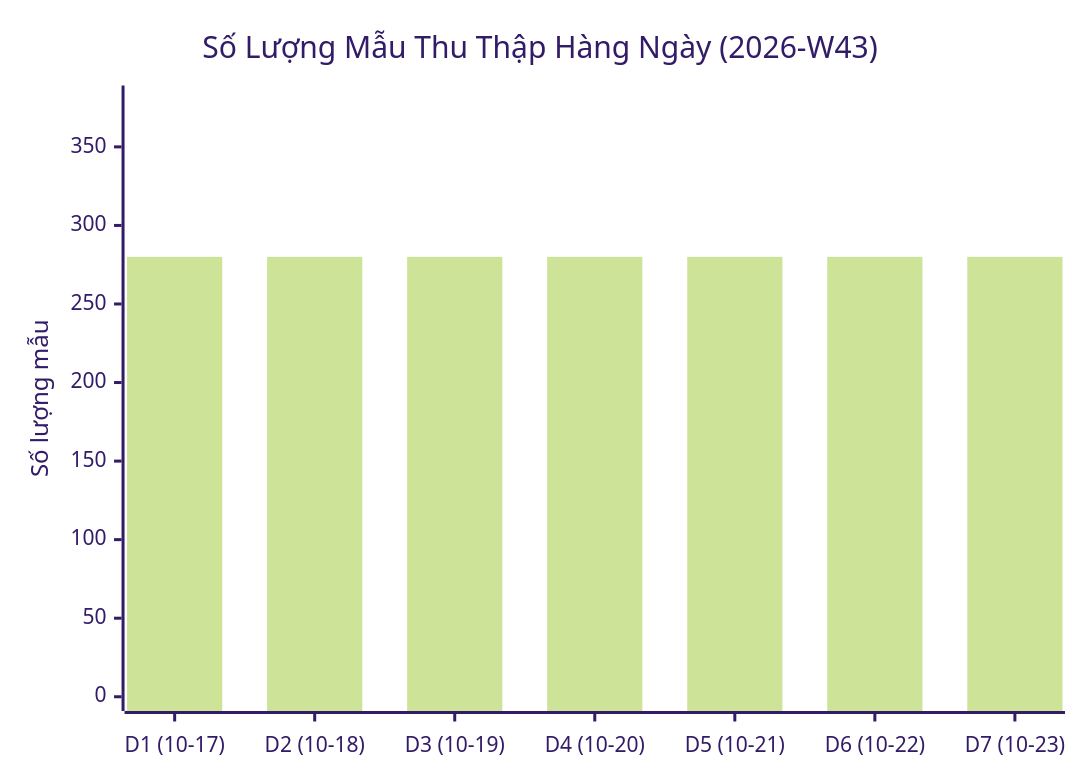
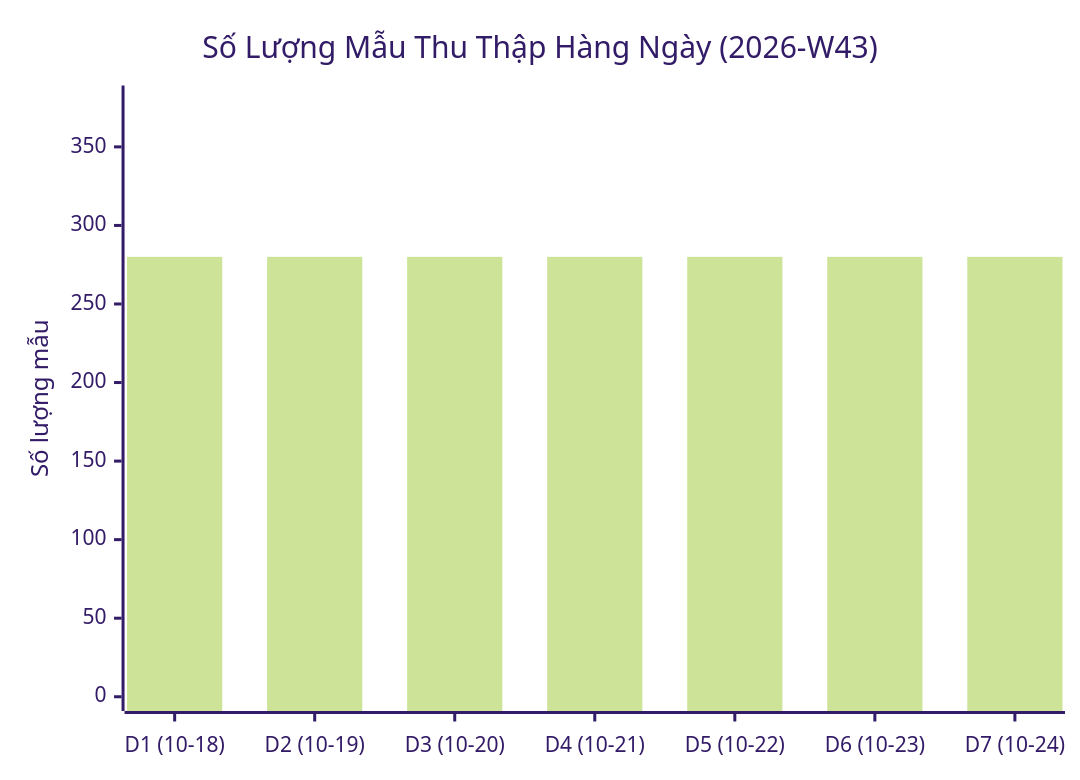
The first of 2 diagrams in report_colab/reports/weekly/weekly_summary_2026-W43.md (ThangCao106/DeepFake-Detection-Agent), drawn with Mermaid (forest theme) before and after one commit. The commit also changed other lines of this file and 1 other file, not shown here.

````diff
--- a/report_colab/reports/weekly/weekly_summary_2026-W43.md
+++ b/report_colab/reports/weekly/weekly_summary_2026-W43.md
@@ -21,7 +21,7 @@
 ```mermaid
 xychart-beta
     title "Số Lượng Mẫu Thu Thập Hàng Ngày (2026-W43)"
-    x-axis ["D1 (10-17)", "D2 (10-18)", "D3 (10-19)", "D4 (10-20)", "D5 (10-21)", "D6 (10-22)", "D7 (10-23)"]
+    x-axis ["D1 (10-18)", "D2 (10-19)", "D3 (10-20)", "D4 (10-21)", "D5 (10-22)", "D6 (10-23)", "D7 (10-24)"]
     y-axis "Số lượng mẫu" 0 --> 380
     bar [280, 280, 280, 280, 280, 280, 280]
 ```
````
